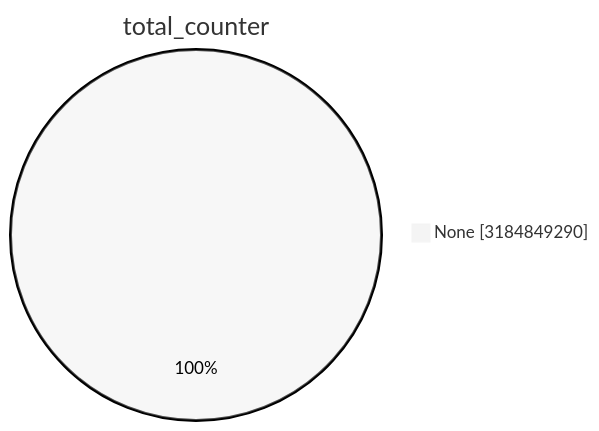
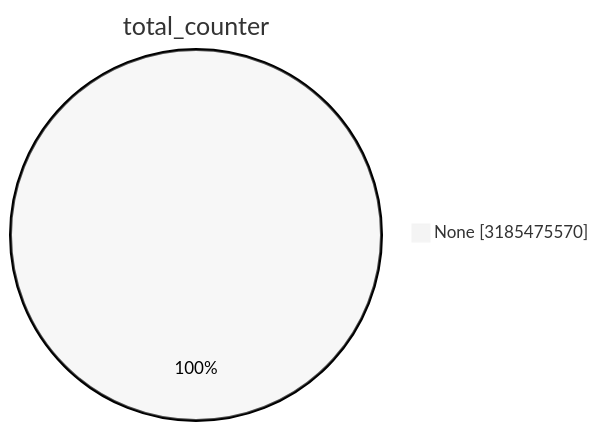
Before and after one commit to christiankrug/ctmonitor_visualization: the first of 15 diagrams in TOTAL/README.md, drawn with Mermaid (neutral theme). The commit also changed other lines of this file, not shown here.

````diff
--- a/TOTAL/README.md
+++ b/TOTAL/README.md
@@ -1,5 +1,5 @@
 ```mermaid
 pie showData
 title total_counter
-"None" :3184849290
+"None" :3185475570
 ```
````
